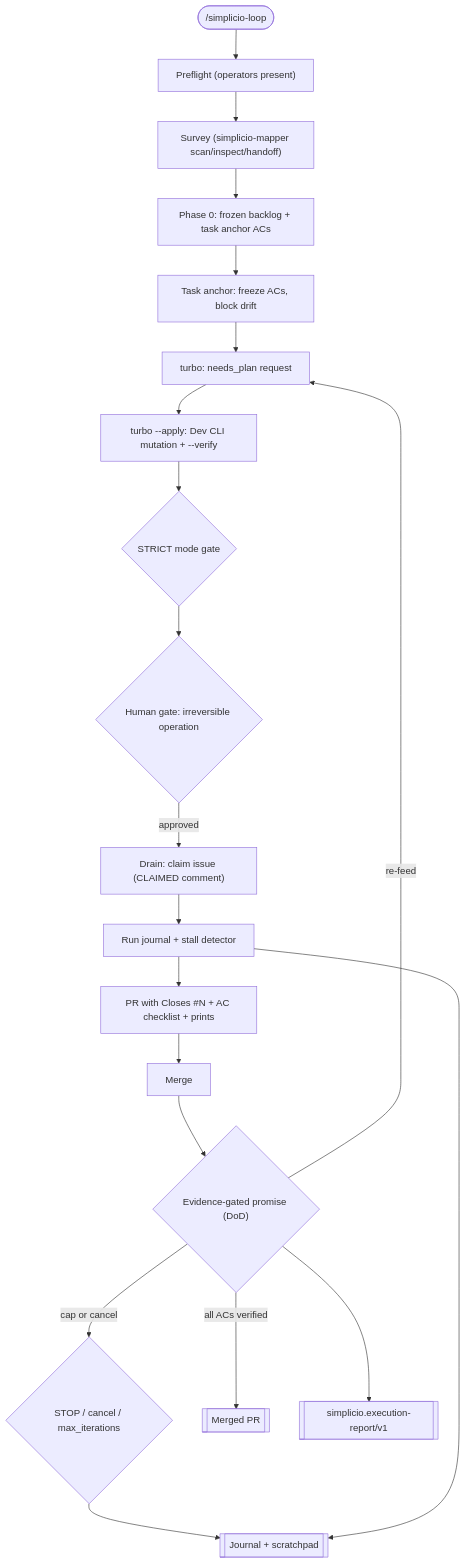
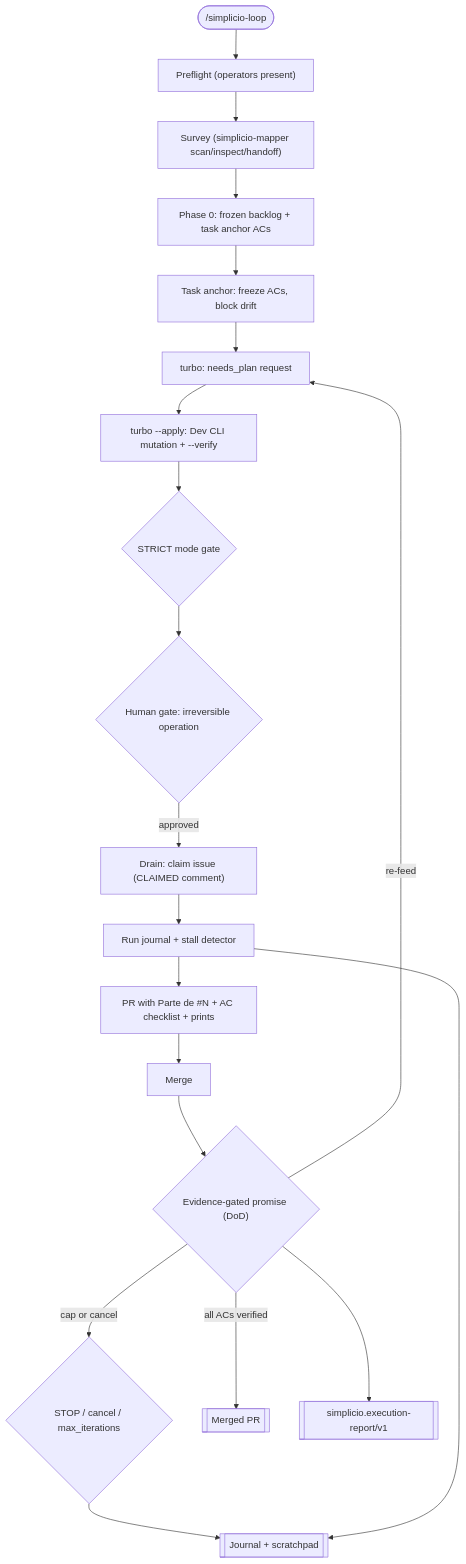
Before and after one commit to simpletibr/simplicio-loop: the diagram in docs/flow/simplicio-loop.mmd, drawn with Mermaid. The commit also changed 14 other files, not shown here.

```diff
--- a/docs/flow/simplicio-loop.mmd
+++ b/docs/flow/simplicio-loop.mmd
@@ -1,38 +1,38 @@
 flowchart TD
     in_goal(["/simplicio-loop <goal>"])
     preflight["Preflight (operators present)"]
     survey["Survey (simplicio-mapper scan/inspect/handoff)"]
     backlog["Phase 0: frozen backlog + task anchor ACs"]
     anchor["Task anchor: freeze ACs, block drift"]
     turbo["turbo: needs_plan request"]
     apply["turbo --apply: Dev CLI mutation + --verify"]
     strict{"STRICT mode gate"}
     human{"Human gate: irreversible operation"}
     claim["Drain: claim issue (CLAIMED comment)"]
     journal["Run journal + stall detector"]
-    pr["PR with Closes #N + AC checklist + prints"]
+    pr["PR with Parte de #N + AC checklist + prints"]
     merge["Merge"]
     promise{"Evidence-gated promise (DoD)"}
     stop{"STOP / cancel / max_iterations"}
     out_pr[["Merged PR"]]
     out_report[["simplicio.execution-report/v1"]]
     out_journal[["Journal + scratchpad"]]
     in_goal --> preflight
     preflight --> survey
     survey --> backlog
     backlog --> anchor
     anchor --> turbo
     turbo --> apply
     apply --> strict
     strict --> human
     human -->|approved| claim
     claim --> journal
     journal --> pr
     pr --> merge
     merge --> promise
     promise -->|all ACs verified| out_pr
     promise -->|re-feed| turbo
     promise -->|cap or cancel| stop
     stop --> out_journal
     promise --> out_report
     journal --> out_journal
```
